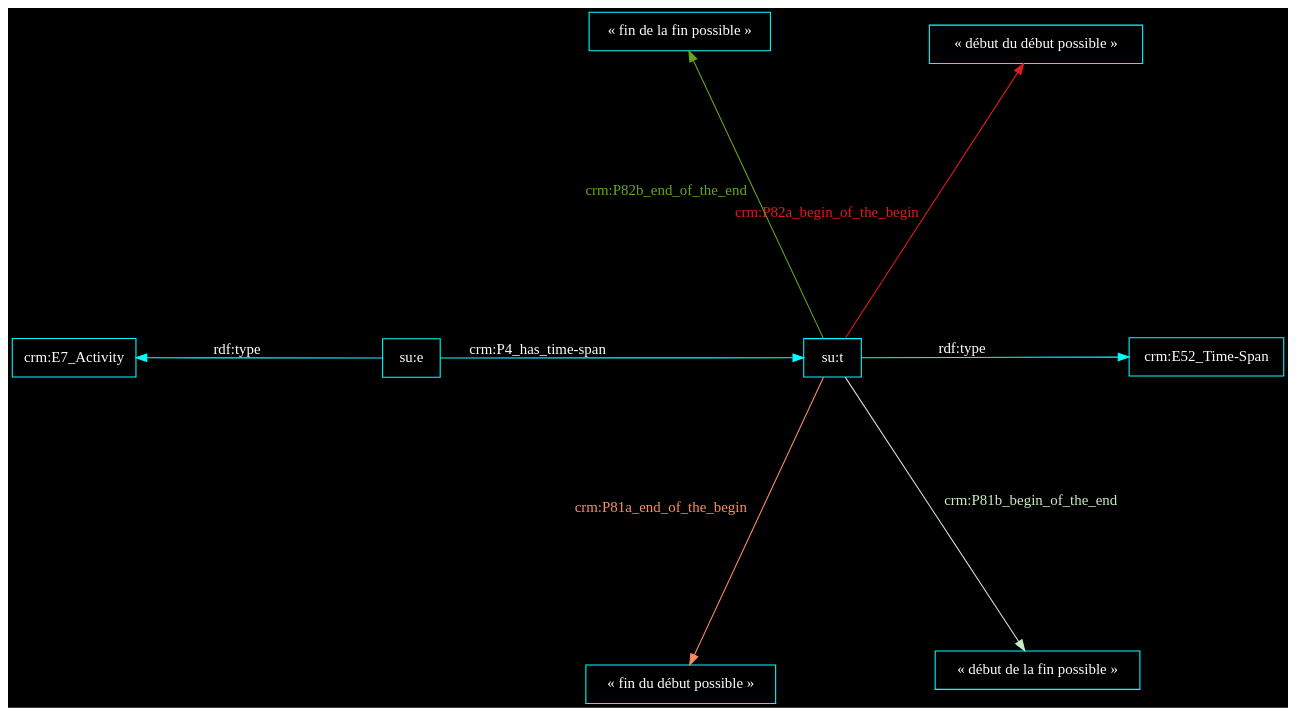
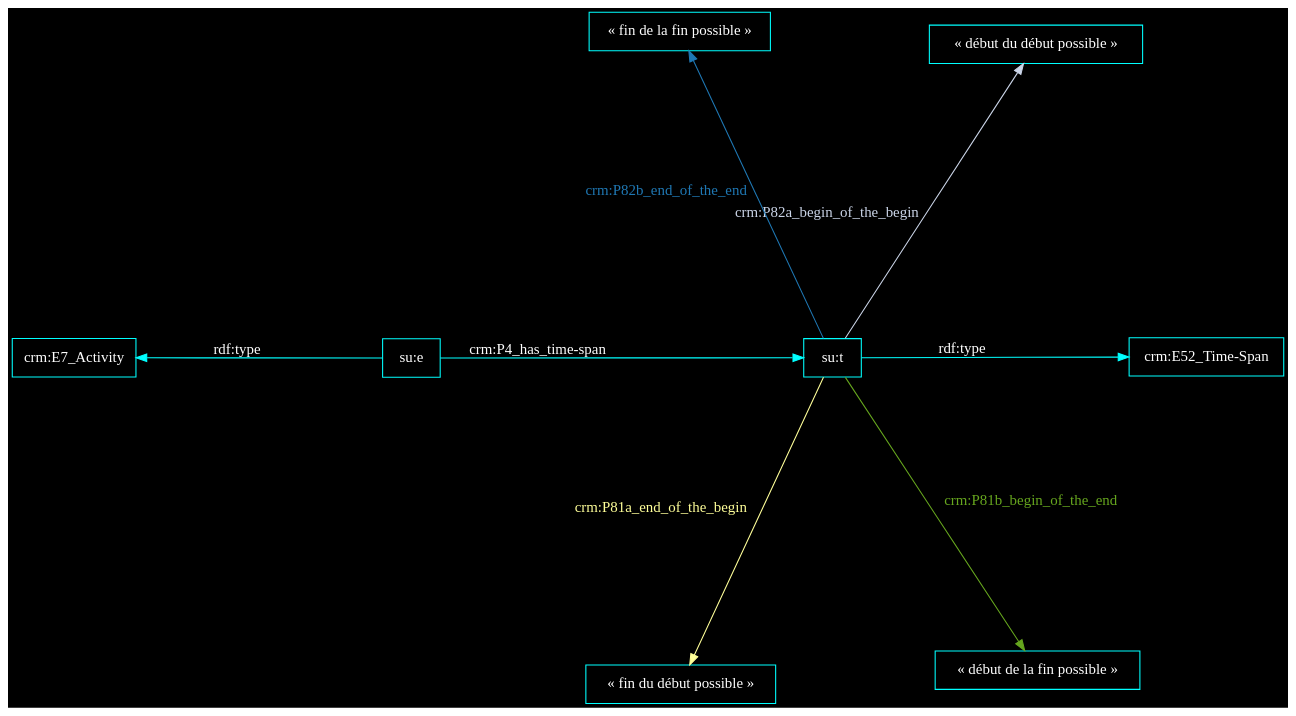
Before and after one commit to Amleth/communications: the diagram in out/2024.02.15_formation_so/dotfile_58d222c0-1d75-4048-9eba-436938714889.dot, drawn with Graphviz. The commit also changed 104 other files, not shown here.

```diff
--- a/out/2024.02.15_formation_so/dotfile_58d222c0-1d75-4048-9eba-436938714889.dot
+++ b/out/2024.02.15_formation_so/dotfile_58d222c0-1d75-4048-9eba-436938714889.dot
@@ -1,18 +1,18 @@
 digraph {
     graph [bgcolor=black]
     rankdir=LR
     node [color=white,fontcolor=white,fontname="FiraCode Nerd Font Mono Regular",shape=box]
     edge [color=white,fontcolor=white,fontname="FiraCode Nerd Font Mono Regular"]
     
 
     layout=sfdp
 node [color=cyan,fontcolor=white]
 edge [color=cyan,fontcolor=white]
 "su:t" -> "crm:E52_Time-Span" [label="rdf:type"]
-"su:t" -> "« début du début possible »" [label="crm:P82a_begin_of_the_begin",color="#e31a1c",fontcolor="#e31a1c"]
-"su:t" -> "« fin du début possible »" [label="crm:P81a_end_of_the_begin",color="#fc8d62",fontcolor="#fc8d62"]
-"su:t" -> "« début de la fin possible »" [label="crm:P81b_begin_of_the_end",color="#ccebc5",fontcolor="#ccebc5"]
-"su:t" -> "« fin de la fin possible »" [label="crm:P82b_end_of_the_end",color="#66a61e",fontcolor="#66a61e"]
+"su:t" -> "« début du début possible »" [label="crm:P82a_begin_of_the_begin",color="#cbd5e8",fontcolor="#cbd5e8"]
+"su:t" -> "« fin du début possible »" [label="crm:P81a_end_of_the_begin",color="#ffff99",fontcolor="#ffff99"]
+"su:t" -> "« début de la fin possible »" [label="crm:P81b_begin_of_the_end",color="#66a61e",fontcolor="#66a61e"]
+"su:t" -> "« fin de la fin possible »" [label="crm:P82b_end_of_the_end",color="#1f78b4",fontcolor="#1f78b4"]
 "su:e" -> "su:t" [label="crm:P4_has_time-span"]
 "su:e" -> "crm:E7_Activity" [label="rdf:type"]
 }
```
